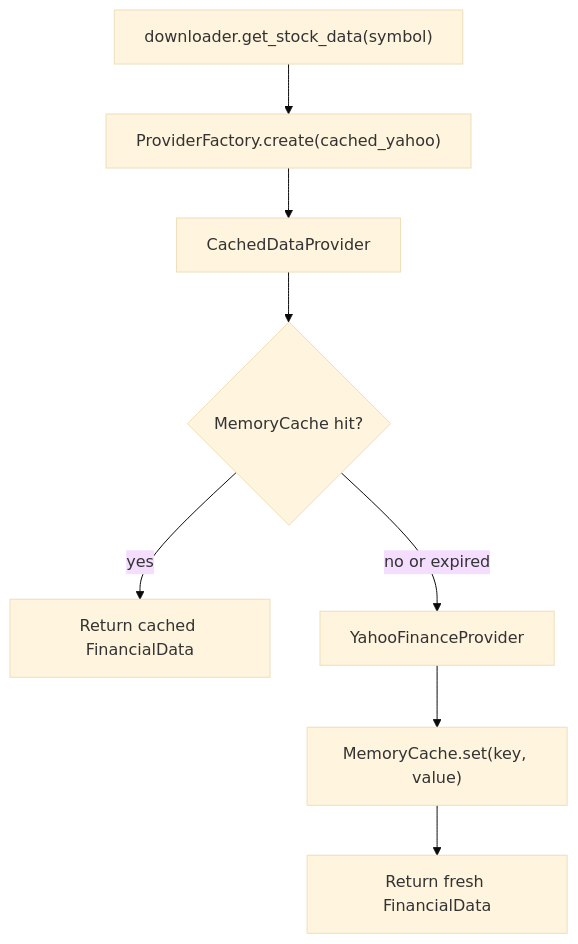
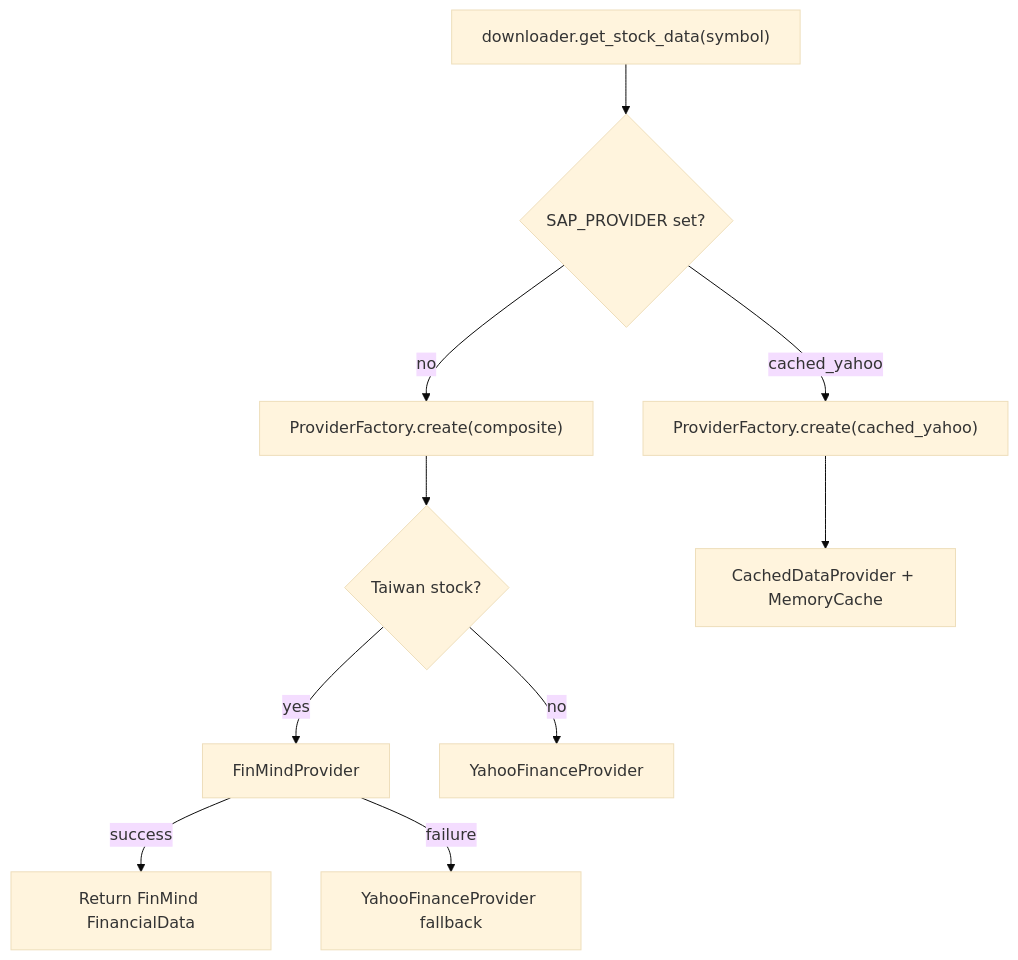
One commit to zx5875372-source/StockAnalyzerPro changed the first of 3 diagrams in README.md. Above: the diagram before and after it, drawn with Mermaid (base theme). The commit also changed other lines of this file and 10 other files, not shown here.

Commit message:
FinMind First Runtime Integration Beta

````diff
--- a/README.md
+++ b/README.md
@@ -279,10 +288,12 @@
 ```mermaid
 flowchart TD
-    Request["downloader.get_stock_data(symbol)"] --> Factory["ProviderFactory.create(cached_yahoo)"]
-    Factory --> Cached["CachedDataProvider"]
-    Cached --> Cache{"MemoryCache hit?"}
-    Cache -->|yes| ReturnCached["Return cached FinancialData"]
-    Cache -->|no or expired| Provider["YahooFinanceProvider"]
-    Provider --> Store["MemoryCache.set(key, value)"]
-    Store --> ReturnFresh["Return fresh FinancialData"]
+    Request["downloader.get_stock_data(symbol)"] --> Env{"SAP_PROVIDER set?"}
+    Env -->|no| Composite["ProviderFactory.create(composite)"]
+    Env -->|cached_yahoo| Cached["ProviderFactory.create(cached_yahoo)"]
+    Composite --> Symbol{"Taiwan stock?"}
+    Symbol -->|yes| FinMind["FinMindProvider"]
+    FinMind -->|success| ReturnFinMind["Return FinMind FinancialData"]
+    FinMind -->|failure| YahooFallback["YahooFinanceProvider fallback"]
+    Symbol -->|no| YahooDirect["YahooFinanceProvider"]
+    Cached --> Cache["CachedDataProvider + MemoryCache"]
 ```
````
